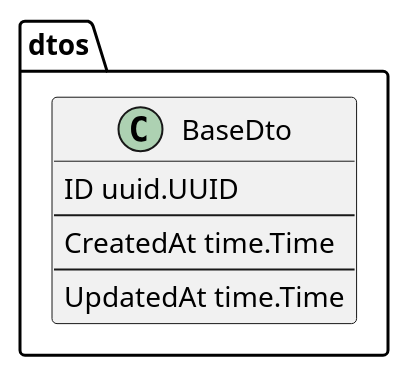
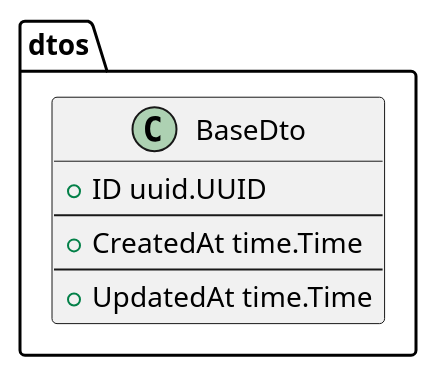
The diagram in docs/plantuml/dto/BaseDto.puml (lf-edge/rol), drawn with PlantUML before and after one commit. The commit also changed 33 other files, not shown here.

```diff
--- a/docs/plantuml/dto/BaseDto.puml
+++ b/docs/plantuml/dto/BaseDto.puml
@@ -1,13 +1,13 @@
 @startuml BaseDto
 
 package dtos {
     class BaseDto {
-        ID uuid.UUID
+        +ID uuid.UUID
         --
-        CreatedAt time.Time
+        +CreatedAt time.Time
         --
-        UpdatedAt time.Time
+        +UpdatedAt time.Time
     }
 }
 
 @enduml
```
